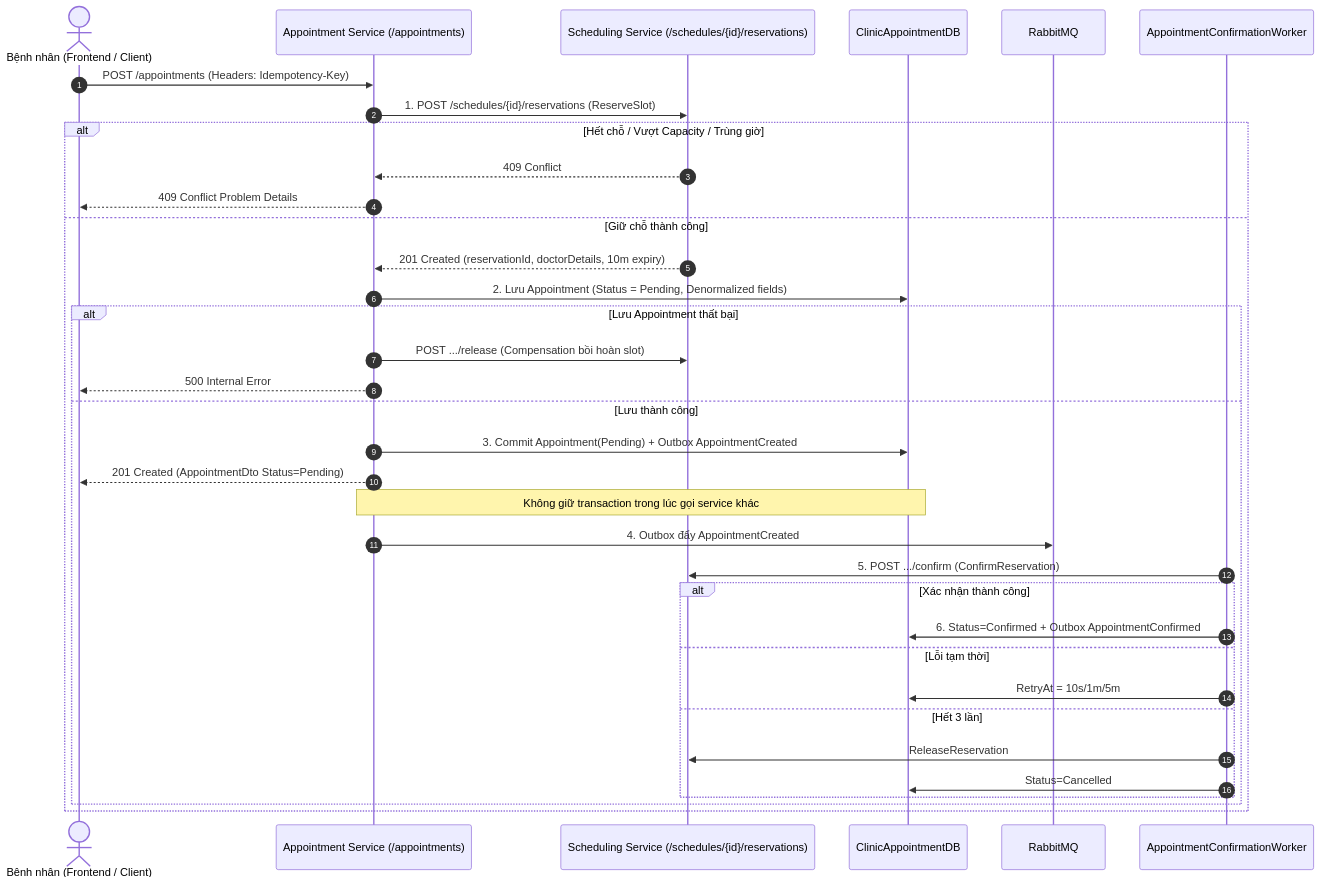
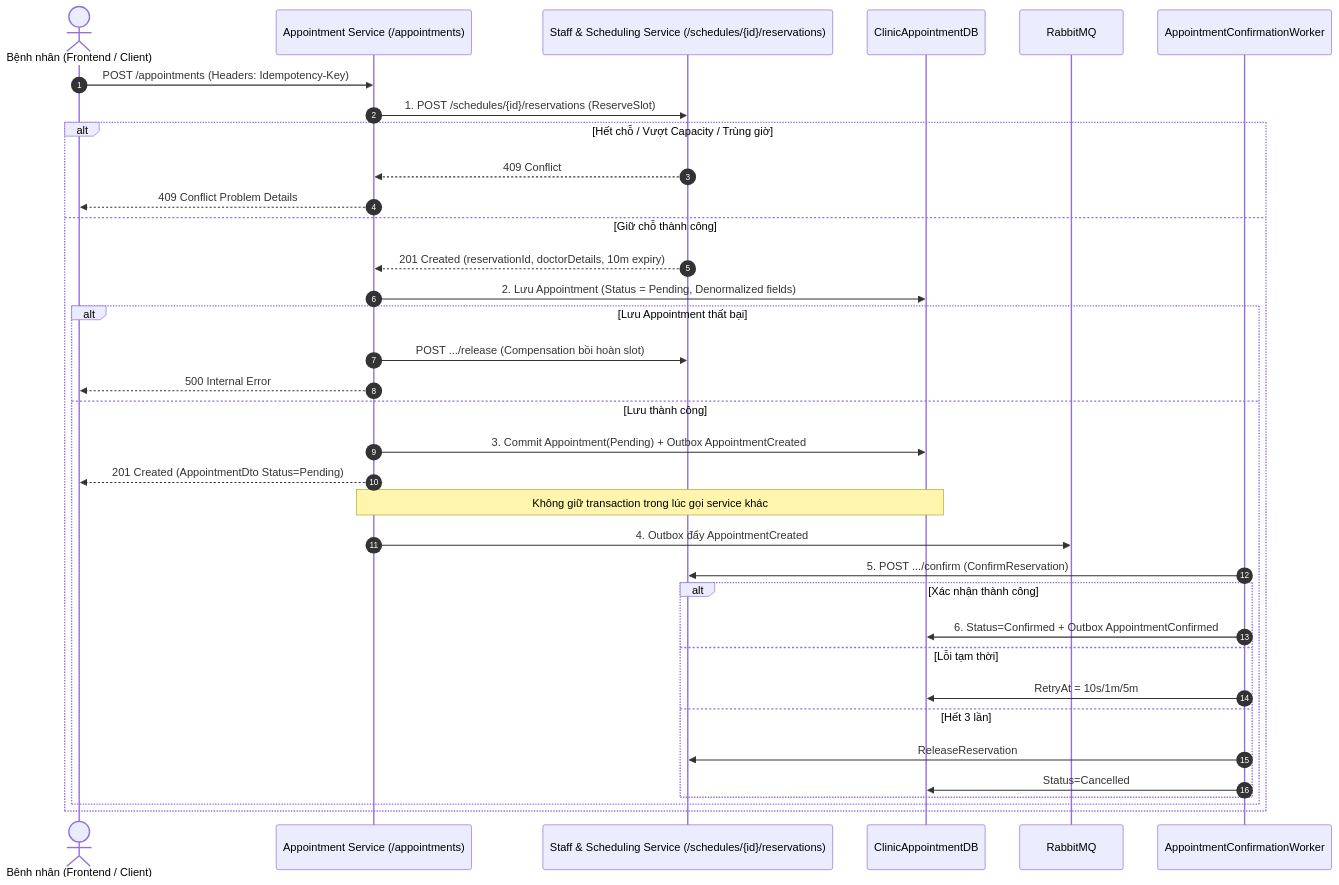
One commit to Cuong190105/Clinic_Appointment_Booking_Queue_Management_System changed the fourth of 6 diagrams in tasks/PHASE_3_APPOINTMENT_SERVICE_EXECUTION_PLAN_MEMBER_A.md. Above: the diagram before and after it, drawn with Mermaid. The commit also changed other lines of this file and 312 other files, not shown here.

````diff
--- a/tasks/PHASE_3_APPOINTMENT_SERVICE_EXECUTION_PLAN_MEMBER_A.md
+++ b/tasks/PHASE_3_APPOINTMENT_SERVICE_EXECUTION_PLAN_MEMBER_A.md
@@ -207,38 +207,38 @@
 ```mermaid
 sequenceDiagram
     autonumber
     actor Patient as Bệnh nhân (Frontend / Client)
     participant AppAPI as Appointment Service (/appointments)
-    participant SchedAPI as Scheduling Service (/schedules/{id}/reservations)
+    participant SchedAPI as Staff & Scheduling Service (/schedules/{id}/reservations)
     participant AppDB as ClinicAppointmentDB
     participant Broker as RabbitMQ
     participant Worker as AppointmentConfirmationWorker
 
     Patient->>AppAPI: POST /appointments (Headers: Idempotency-Key)
     AppAPI->>SchedAPI: 1. POST /schedules/{id}/reservations (ReserveSlot)
     alt Hết chỗ / Vượt Capacity / Trùng giờ
         SchedAPI-->>AppAPI: 409 Conflict
         AppAPI-->>Patient: 409 Conflict Problem Details
     else Giữ chỗ thành công
         SchedAPI-->>AppAPI: 201 Created (reservationId, doctorDetails, 10m expiry)
         AppAPI->>AppDB: 2. Lưu Appointment (Status = Pending, Denormalized fields)
         alt Lưu Appointment thất bại
             AppAPI->>SchedAPI: POST .../release (Compensation bồi hoàn slot)
             AppAPI-->>Patient: 500 Internal Error
         else Lưu thành công
             AppAPI->>AppDB: 3. Commit Appointment(Pending) + Outbox AppointmentCreated
             AppAPI-->>Patient: 201 Created (AppointmentDto Status=Pending)
             Note over AppAPI,AppDB: Không giữ transaction trong lúc gọi service khác
             AppAPI->>Broker: 4. Outbox đẩy AppointmentCreated
             Worker->>SchedAPI: 5. POST .../confirm (ConfirmReservation)
             alt Xác nhận thành công
                 Worker->>AppDB: 6. Status=Confirmed + Outbox AppointmentConfirmed
             else Lỗi tạm thời
                 Worker->>AppDB: RetryAt = 10s/1m/5m
             else Hết 3 lần
                 Worker->>SchedAPI: ReleaseReservation
                 Worker->>AppDB: Status=Cancelled
             end
         end
     end
 ```
````
